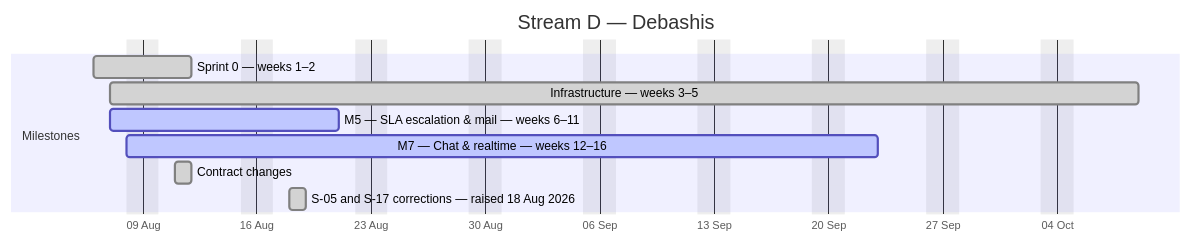
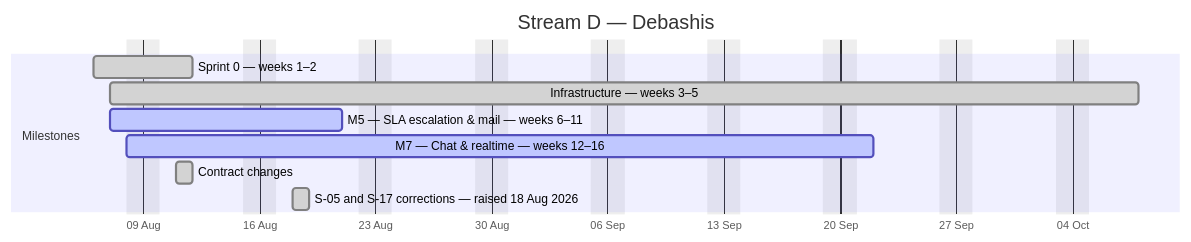
One commit to debashisedunext/EduTrack changed the fourth of 4 diagrams in docs/plan/GANTT.md. Above: the diagram before and after it, drawn with Mermaid. The commit also changed other lines of this file and 3 other files, not shown here.

````diff
--- a/docs/plan/GANTT.md
+++ b/docs/plan/GANTT.md
@@ -147,14 +147,14 @@
 ```mermaid
 gantt
     dateFormat YYYY-MM-DD
     axisFormat %d %b
     title Stream D — Debashis
     excludes weekends
     section Milestones
     Sprint 0 — weeks 1–2 :done, d0, 2026-08-06, 4d
-    Infrastructure — weeks 3–5 :done, d1, 2026-08-07, 45d
+    Infrastructure — weeks 3–5 :done, d1, 2026-08-07, 44d
     M5 — SLA  escalation & mail — weeks 6–11 :active, d2, 2026-08-07, 10d
-    M7 — Chat & realtime — weeks 12–16 :active, d3, 2026-08-08, 33d
+    M7 — Chat & realtime — weeks 12–16 :active, d3, 2026-08-08, 32d
     Contract changes :done, d4, 2026-08-11, 1d
     S-05 and S-17 corrections — raised 18 Aug 2026 :done, d5, 2026-08-18, 1d
 ```
````
